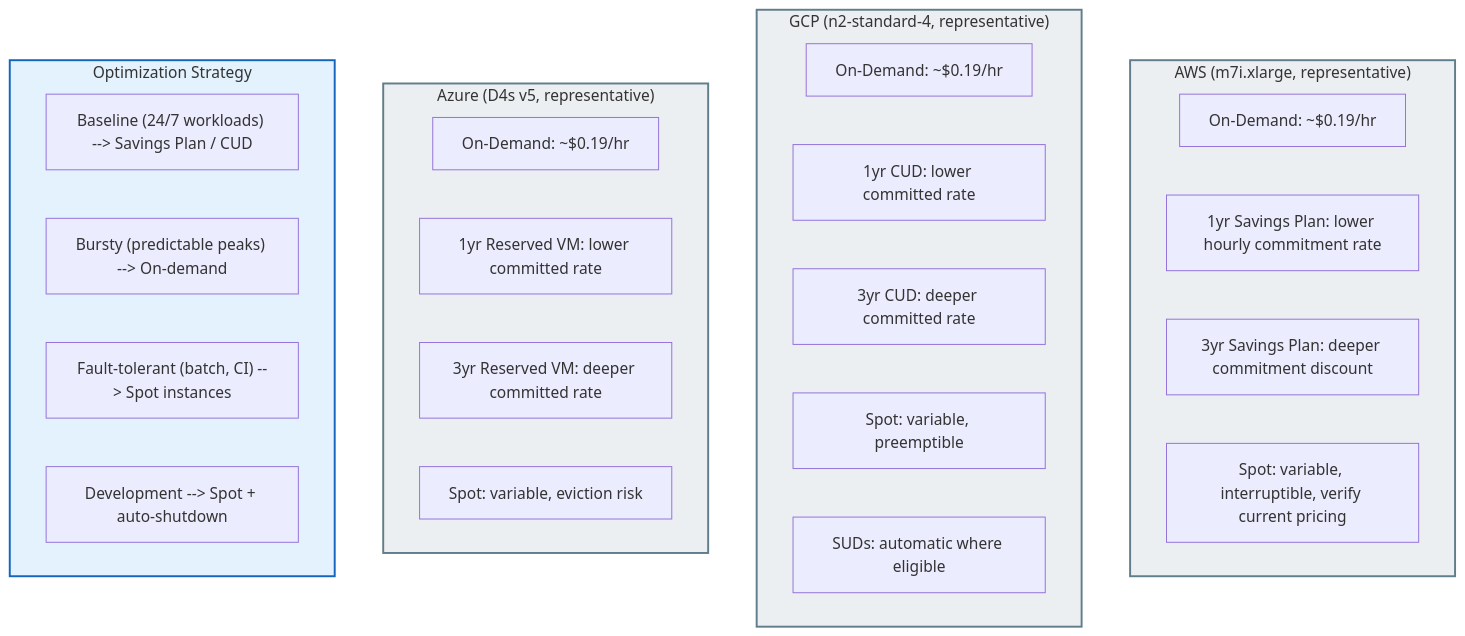
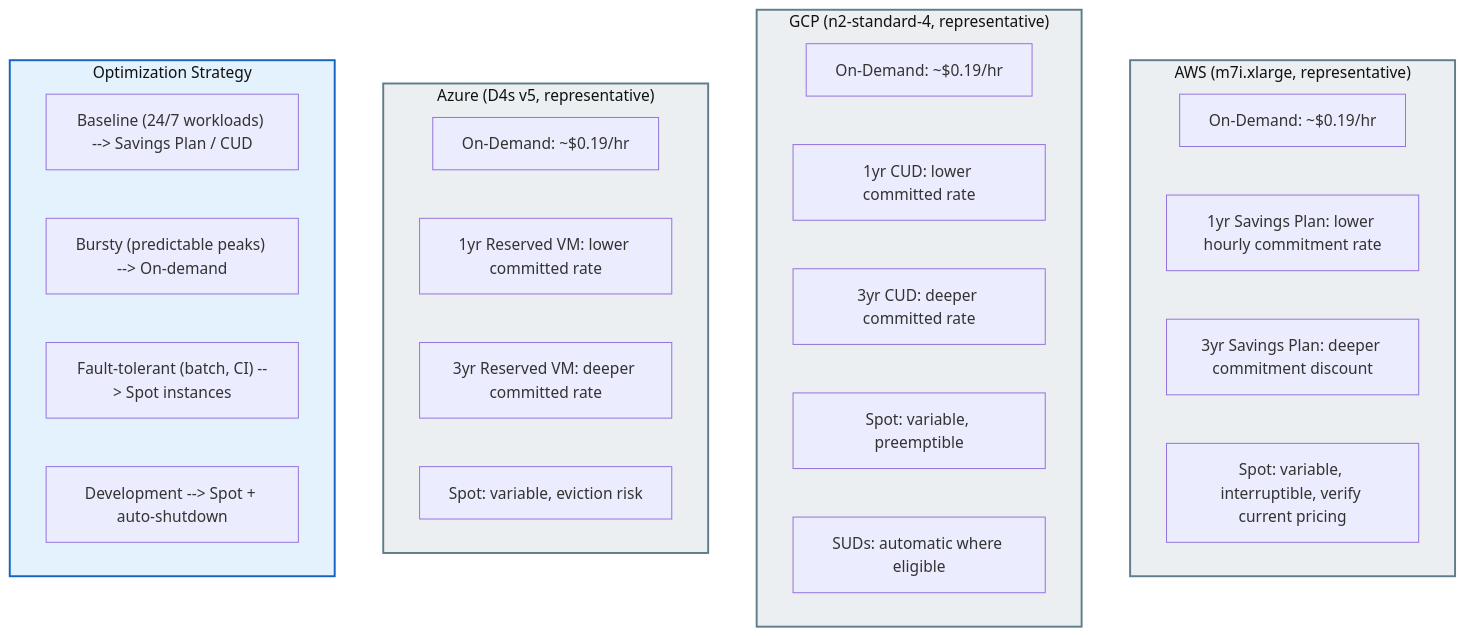
One commit to kube-dojo/kube-dojo.github.io changed the fourth of 5 diagrams in src/content/docs/cloud/advanced-operations/module-8.8-cloud-cost.md. Above: the diagram before and after it, drawn with Mermaid. The commit also changed other lines of this file and 18 other files, not shown here.

Commit message:
docs: set readable Mermaid foreground colors (#3442)

````diff
--- a/src/content/docs/cloud/advanced-operations/module-8.8-cloud-cost.md
+++ b/src/content/docs/cloud/advanced-operations/module-8.8-cloud-cost.md
@@ -489,38 +489,38 @@
 ```mermaid
 graph TD
-    classDef provider fill:#eceff1,stroke:#607d8b,stroke-width:2px;
-    classDef strategy fill:#e3f2fd,stroke:#1565c0,stroke-width:2px;
+    classDef provider fill:#eceff1,color:#111,stroke:#607d8b,stroke-width:2px;
+    classDef strategy fill:#e3f2fd,color:#111,stroke:#1565c0,stroke-width:2px;
 
     subgraph AWS ["AWS (m7i.xlarge, representative)"]
         A1["On-Demand: ~$0.19/hr"]
         A2["1yr Savings Plan: lower hourly commitment rate"]
         A3["3yr Savings Plan: deeper commitment discount"]
         A4["Spot: variable, interruptible, verify current pricing"]
     end
     class AWS provider;
 
     subgraph GCP ["GCP (n2-standard-4, representative)"]
         G1["On-Demand: ~$0.19/hr"]
         G2["1yr CUD: lower committed rate"]
         G3["3yr CUD: deeper committed rate"]
         G4["Spot: variable, preemptible"]
         G5["SUDs: automatic where eligible"]
     end
     class GCP provider;
 
     subgraph Azure ["Azure (D4s v5, representative)"]
         Z1["On-Demand: ~$0.19/hr"]
         Z2["1yr Reserved VM: lower committed rate"]
         Z3["3yr Reserved VM: deeper committed rate"]
         Z4["Spot: variable, eviction risk"]
     end
     class Azure provider;
 
     subgraph STRATEGY ["Optimization Strategy"]
         S1["Baseline (24/7 workloads) --> Savings Plan / CUD"]
         S2["Bursty (predictable peaks) --> On-demand"]
         S3["Fault-tolerant (batch, CI) --> Spot instances"]
         S4["Development --> Spot + auto-shutdown"]
     end
     class STRATEGY strategy;
 ```
````
